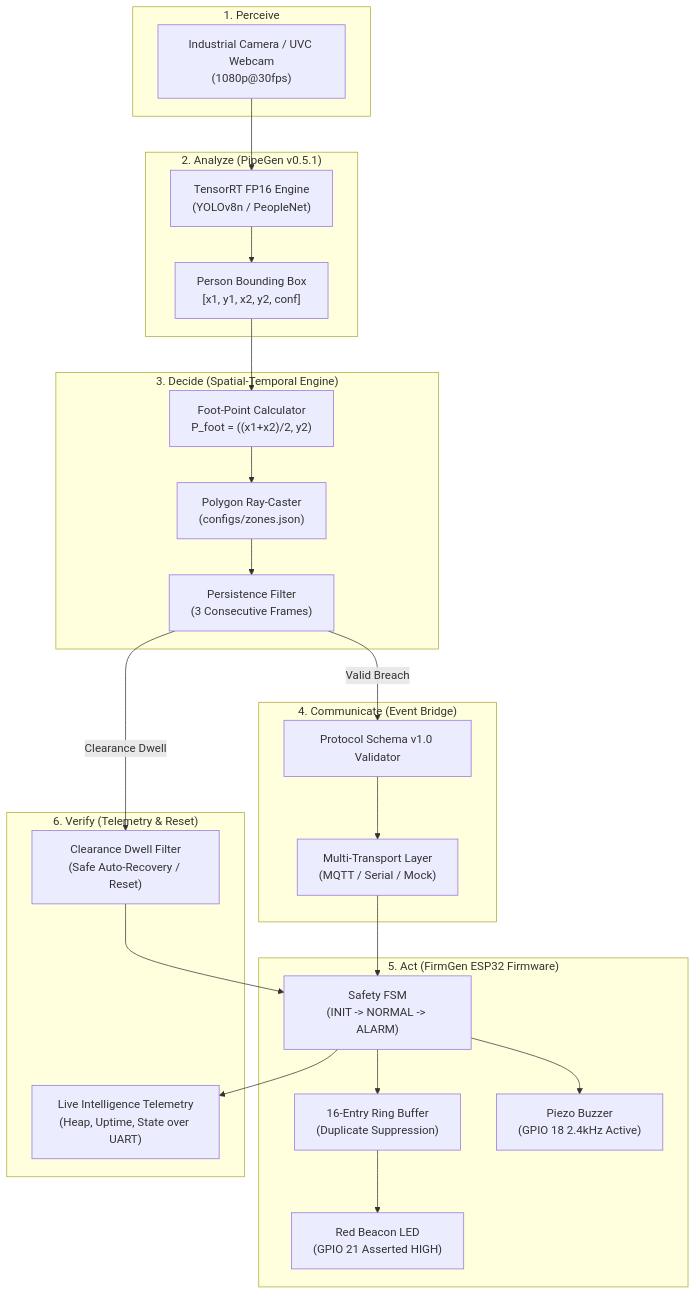
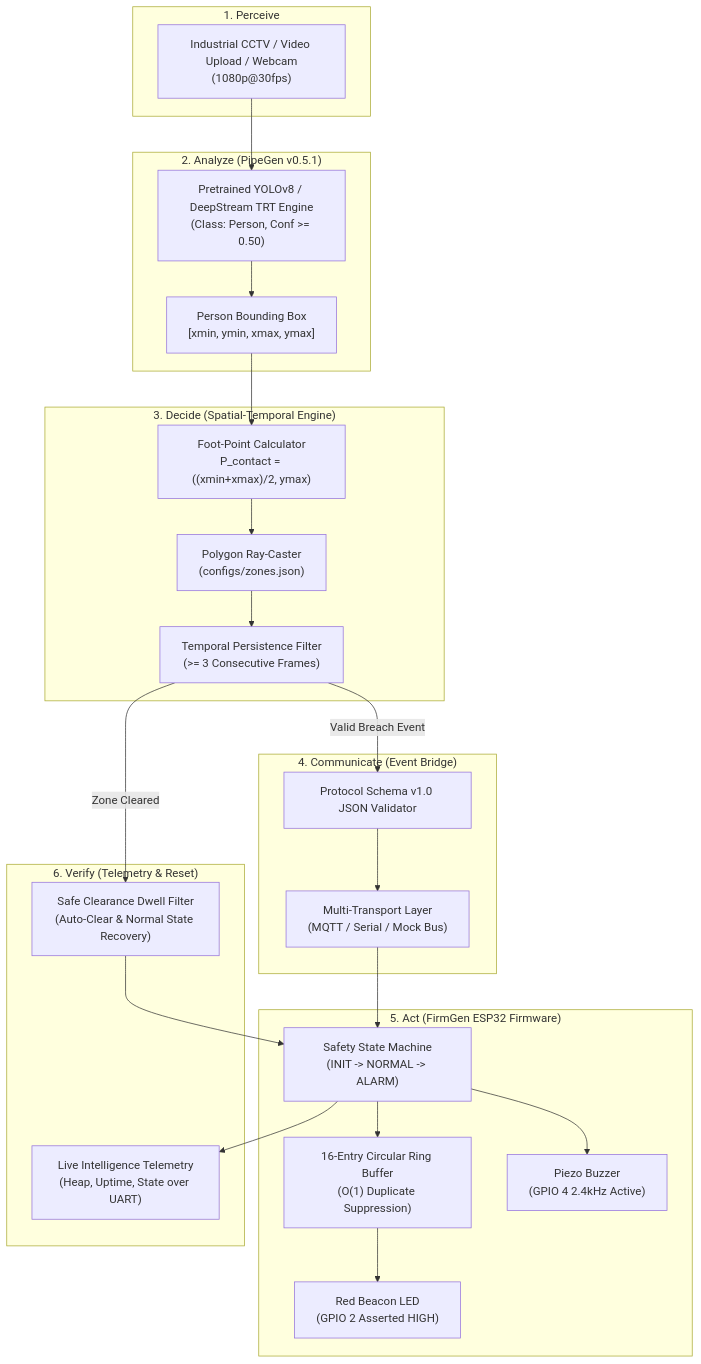
The diagram in README.md (Sachin1966/CraftifAIHackathon_CRA069), drawn with Mermaid before and after one commit. The commit also changed other lines of this file, not shown here.

````diff
--- a/README.md
+++ b/README.md
@@ -56,41 +66,41 @@
 ```mermaid
 flowchart TD
     subgraph PERCEIVE ["1. Perceive"]
-        CAM["Industrial Camera / UVC Webcam<br>(1080p@30fps)"]
+        CAM["Industrial CCTV / Video Upload / Webcam<br>(1080p@30fps)"]
     end
 
     subgraph ANALYZE ["2. Analyze (PipeGen v0.5.1)"]
-        TRT["TensorRT FP16 Engine<br>(YOLOv8n / PeopleNet)"]
-        BBOX["Person Bounding Box<br>[x1, y1, x2, y2, conf]"]
+        YOLO["Pretrained YOLOv8 / DeepStream TRT Engine<br>(Class: Person, Conf >= 0.50)"]
+        BBOX["Person Bounding Box<br>[xmin, ymin, xmax, ymax]"]
     end
 
     subgraph DECIDE ["3. Decide (Spatial-Temporal Engine)"]
-        FOOT["Foot-Point Calculator<br>P_foot = ((x1+x2)/2, y2)"]
+        FOOT["Foot-Point Calculator<br>P_contact = ((xmin+xmax)/2, ymax)"]
         POLY["Polygon Ray-Caster<br>(configs/zones.json)"]
-        PERSIST["Persistence Filter<br>(3 Consecutive Frames)"]
+        PERSIST["Temporal Persistence Filter<br>(>= 3 Consecutive Frames)"]
     end
 
     subgraph COMMUNICATE ["4. Communicate (Event Bridge)"]
-        SCHEMA["Protocol Schema v1.0 Validator"]
-        TRANSPORT["Multi-Transport Layer<br>(MQTT / Serial / Mock)"]
+        SCHEMA["Protocol Schema v1.0 JSON Validator"]
+        TRANSPORT["Multi-Transport Layer<br>(MQTT / Serial / Mock Bus)"]
     end
 
     subgraph ACT ["5. Act (FirmGen ESP32 Firmware)"]
-        FSM["Safety FSM<br>(INIT -> NORMAL -> ALARM)"]
-        RING["16-Entry Ring Buffer<br>(Duplicate Suppression)"]
-        LED["Red Beacon LED<br>(GPIO 21 Asserted HIGH)"]
-        BUZZ["Piezo Buzzer<br>(GPIO 18 2.4kHz Active)"]
+        FSM["Safety State Machine<br>(INIT -> NORMAL -> ALARM)"]
+        RING["16-Entry Circular Ring Buffer<br>(O(1) Duplicate Suppression)"]
+        LED["Red Beacon LED<br>(GPIO 2 Asserted HIGH)"]
+        BUZZ["Piezo Buzzer<br>(GPIO 4 2.4kHz Active)"]
     end
 
     subgraph VERIFY ["6. Verify (Telemetry & Reset)"]
         TELEM["Live Intelligence Telemetry<br>(Heap, Uptime, State over UART)"]
-        CLEAR["Clearance Dwell Filter<br>(Safe Auto-Recovery / Reset)"]
+        CLEAR["Safe Clearance Dwell Filter<br>(Auto-Clear & Normal State Recovery)"]
     end
 
-    CAM --> TRT --> BBOX --> FOOT --> POLY --> PERSIST
-    PERSIST -- "Valid Breach" --> SCHEMA --> TRANSPORT --> FSM
+    CAM --> YOLO --> BBOX --> FOOT --> POLY --> PERSIST
+    PERSIST -- "Valid Breach Event" --> SCHEMA --> TRANSPORT --> FSM
     FSM --> RING --> LED
     FSM --> BUZZ
     FSM --> TELEM
-    PERSIST -- "Clearance Dwell" --> CLEAR --> FSM
+    PERSIST -- "Zone Cleared" --> CLEAR --> FSM
 ```
````
